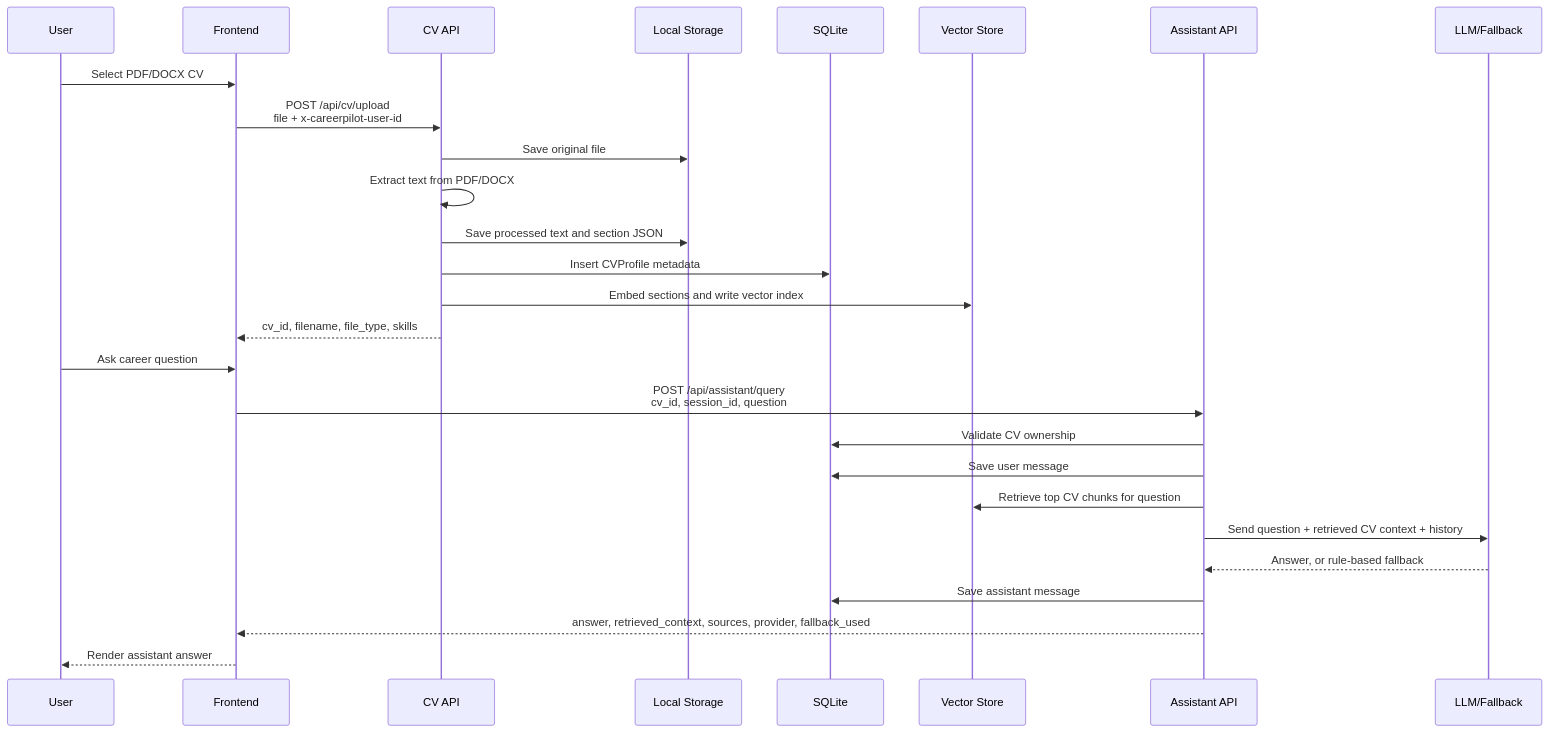
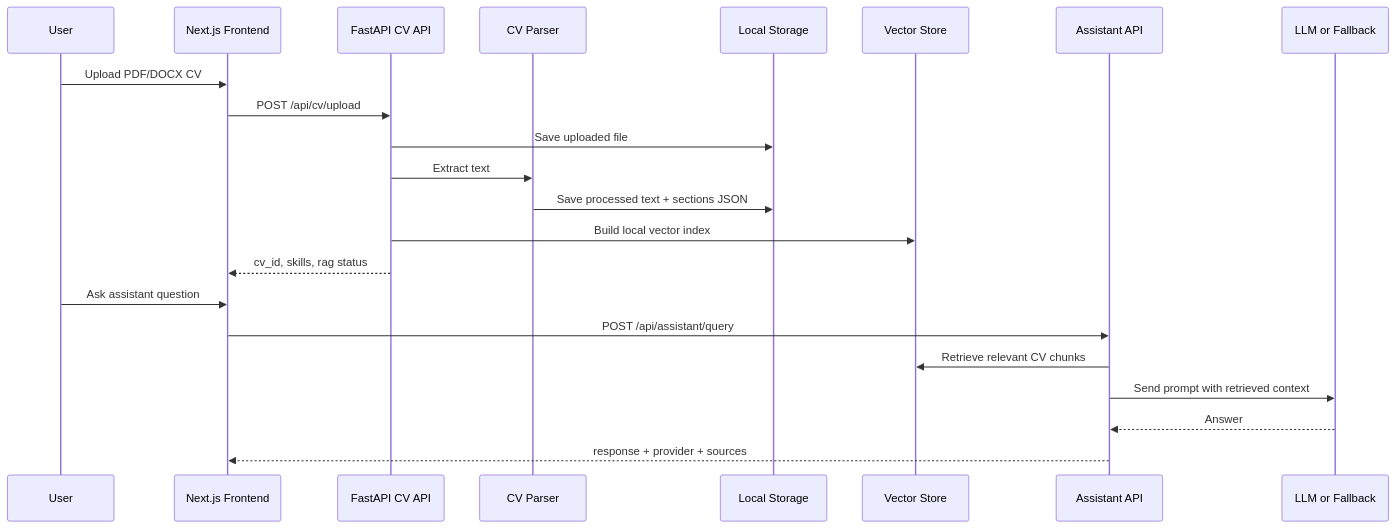
The second of 3 diagrams in docs/architecture.md (fuad13579/CareerPilot-StackFellas), drawn with Mermaid before and after one commit. The commit also changed other lines of this file and 18 other files, not shown here.

Commit message:
`docs: add judge-ready setup, architecture, deployment, and evaluation guides`

````diff
--- a/docs/architecture.md
+++ b/docs/architecture.md
@@ -61,31 +51,25 @@
 ```mermaid
 sequenceDiagram
   participant U as User
-  participant FE as Frontend
-  participant CV as CV API
-  participant Store as Local Storage
-  participant DB as SQLite
-  participant Vec as Vector Store
+  participant FE as Next.js Frontend
+  participant CV as FastAPI CV API
+  participant P as CV Parser
+  participant S as Local Storage
+  participant V as Vector Store
   participant A as Assistant API
-  participant LLM as LLM/Fallback
+  participant L as LLM or Fallback
 
-  U->>FE: Select PDF/DOCX CV
-  FE->>CV: POST /api/cv/upload<br/>file + x-careerpilot-user-id
-  CV->>Store: Save original file
-  CV->>CV: Extract text from PDF/DOCX
-  CV->>Store: Save processed text and section JSON
-  CV->>DB: Insert CVProfile metadata
-  CV->>Vec: Embed sections and write vector index
-  CV-->>FE: cv_id, filename, file_type, skills
-
-  U->>FE: Ask career question
-  FE->>A: POST /api/assistant/query<br/>cv_id, session_id, question
-  A->>DB: Validate CV ownership
-  A->>DB: Save user message
-  A->>Vec: Retrieve top CV chunks for question
-  A->>LLM: Send question + retrieved CV context + history
-  LLM-->>A: Answer, or rule-based fallback
-  A->>DB: Save assistant message
-  A-->>FE: answer, retrieved_context, sources, provider, fallback_used
-  FE-->>U: Render assistant answer
+  U->>FE: Upload PDF/DOCX CV
+  FE->>CV: POST /api/cv/upload
+  CV->>S: Save uploaded file
+  CV->>P: Extract text
+  P->>S: Save processed text + sections JSON
+  CV->>V: Build local vector index
+  CV-->>FE: cv_id, skills, rag status
+  U->>FE: Ask assistant question
+  FE->>A: POST /api/assistant/query
+  A->>V: Retrieve relevant CV chunks
+  A->>L: Send prompt with retrieved context
+  L-->>A: Answer
+  A-->>FE: response + provider + sources
 ```
````
